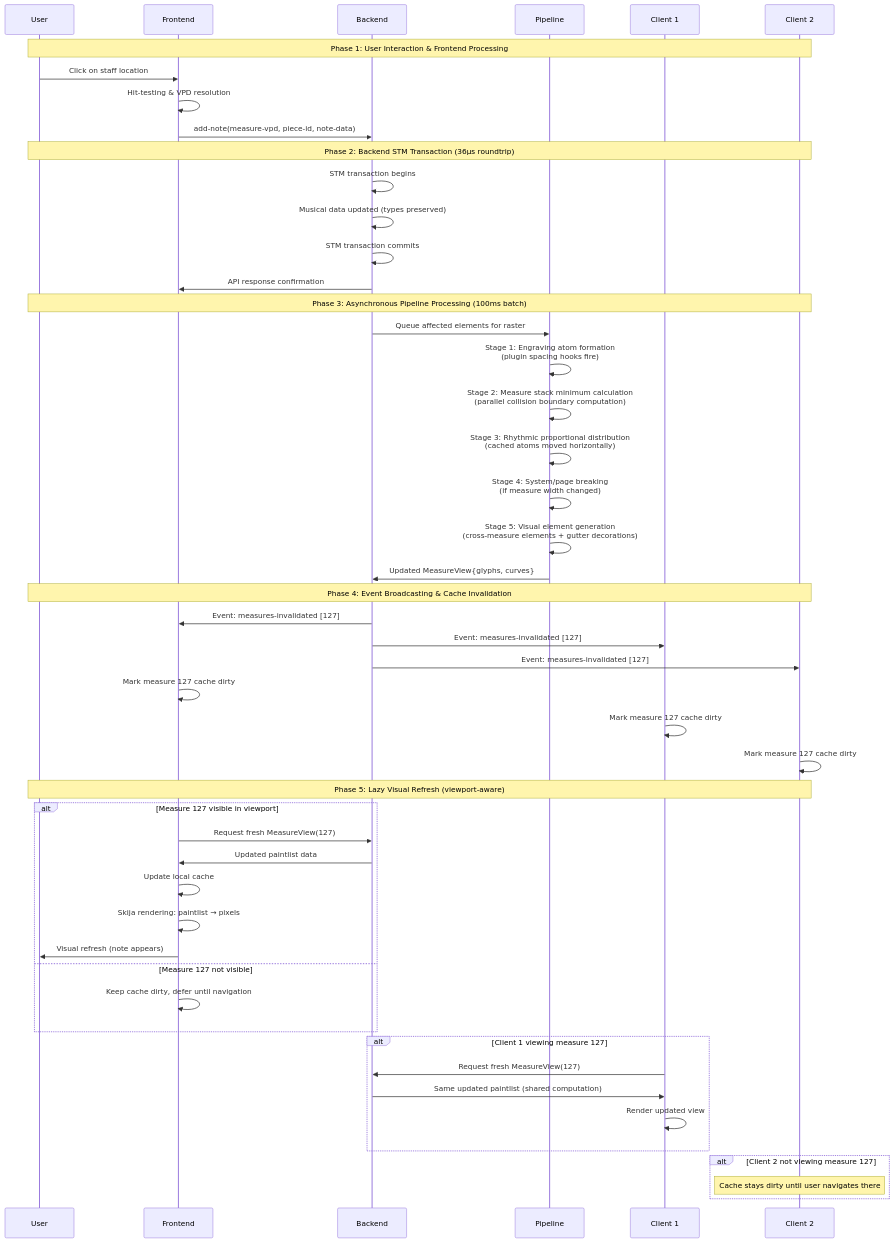
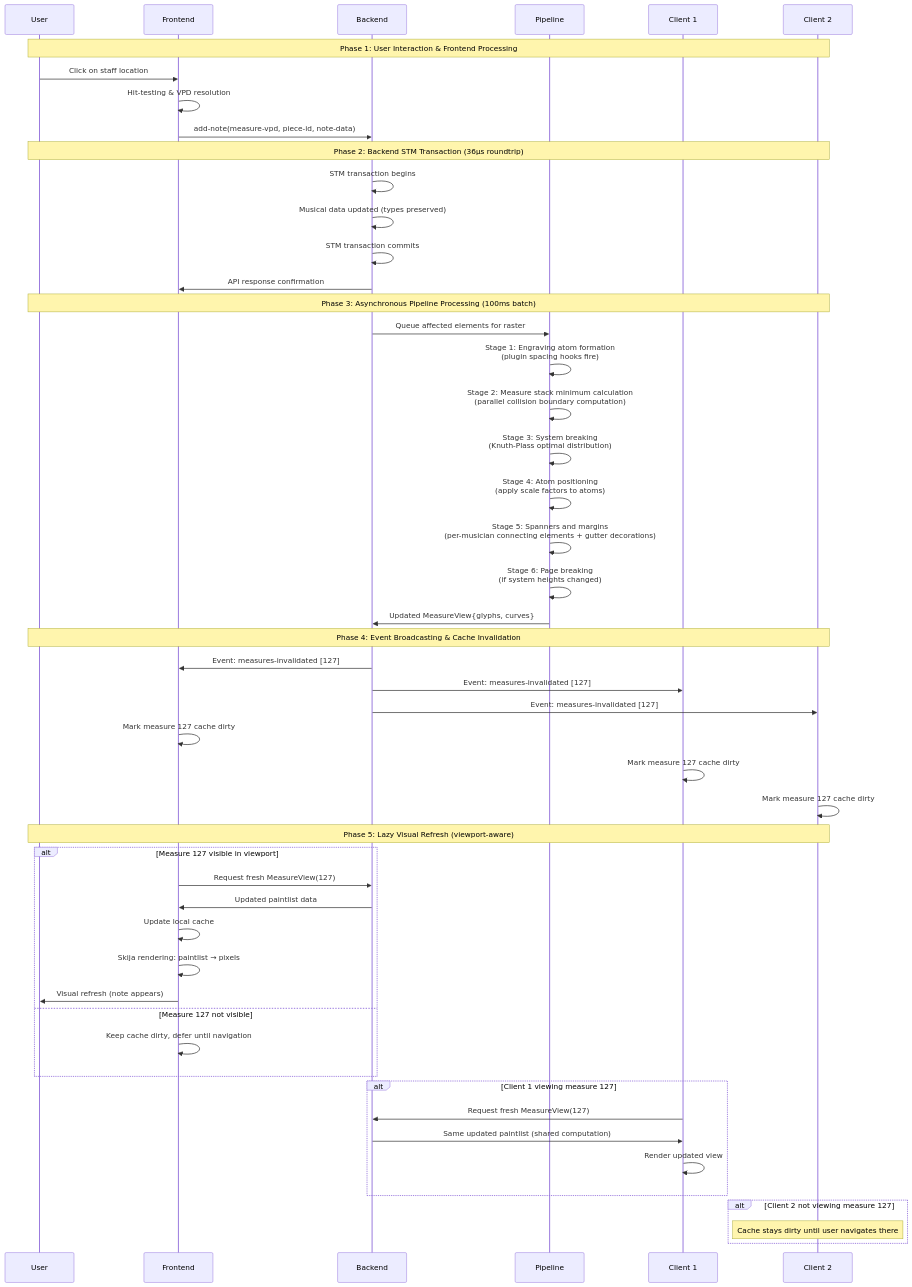
Before and after one commit to PeterBengtson/Ooloi-docs: the third of 4 diagrams in ADRs/0028-Hierarchical-Rendering-Pipeline.md, drawn with Mermaid. The commit also changed other lines of this file and 2 other files, not shown here.

````diff
--- a/ADRs/0028-Hierarchical-Rendering-Pipeline.md
+++ b/ADRs/0028-Hierarchical-Rendering-Pipeline.md
@@ -449,59 +450,60 @@
 ```mermaid
 sequenceDiagram
     participant U as User
     participant F as Frontend
     participant B as Backend
     participant P as Pipeline
     participant C1 as Client 1
     participant C2 as Client 2
 
     Note over U,C2: Phase 1: User Interaction & Frontend Processing
     U->>F: Click on staff location
     F->>F: Hit-testing & VPD resolution
     F->>B: add-note(measure-vpd, piece-id, note-data)
 
     Note over U,C2: Phase 2: Backend STM Transaction (36μs roundtrip)
     B->>B: STM transaction begins
     B->>B: Musical data updated (types preserved)
     B->>B: STM transaction commits
     B->>F: API response confirmation
 
     Note over U,C2: Phase 3: Asynchronous Pipeline Processing (100ms batch)
     B->>P: Queue affected elements for raster
     P->>P: Stage 1: Engraving atom formation<br/>(plugin spacing hooks fire)
     P->>P: Stage 2: Measure stack minimum calculation<br/>(parallel collision boundary computation)
-    P->>P: Stage 3: Rhythmic proportional distribution<br/>(cached atoms moved horizontally)
-    P->>P: Stage 4: System/page breaking<br/>(if measure width changed)
-    P->>P: Stage 5: Visual element generation<br/>(cross-measure elements + gutter decorations)
+    P->>P: Stage 3: System breaking<br/>(Knuth-Plass optimal distribution)
+    P->>P: Stage 4: Atom positioning<br/>(apply scale factors to atoms)
+    P->>P: Stage 5: Spanners and margins<br/>(per-musician connecting elements + gutter decorations)
+    P->>P: Stage 6: Page breaking<br/>(if system heights changed)
     P->>B: Updated MeasureView{glyphs, curves}
 
     Note over U,C2: Phase 4: Event Broadcasting & Cache Invalidation
     B->>F: Event: measures-invalidated [127]
     B->>C1: Event: measures-invalidated [127]
     B->>C2: Event: measures-invalidated [127]
 
     F->>F: Mark measure 127 cache dirty
     C1->>C1: Mark measure 127 cache dirty
     C2->>C2: Mark measure 127 cache dirty
 
     Note over U,C2: Phase 5: Lazy Visual Refresh (viewport-aware)
     alt Measure 127 visible in viewport
         F->>B: Request fresh MeasureView(127)
         B->>F: Updated paintlist data
         F->>F: Update local cache
         F->>F: Skija rendering: paintlist → pixels
         F->>U: Visual refresh (note appears)
     else Measure 127 not visible
         F->>F: Keep cache dirty, defer until navigation
     end
 
     alt Client 1 viewing measure 127
         C1->>B: Request fresh MeasureView(127)
         B->>C1: Same updated paintlist (shared computation)
         C1->>C1: Render updated view
     end
 
     alt Client 2 not viewing measure 127
         Note over C2: Cache stays dirty until user navigates there
     end
 ```
````
